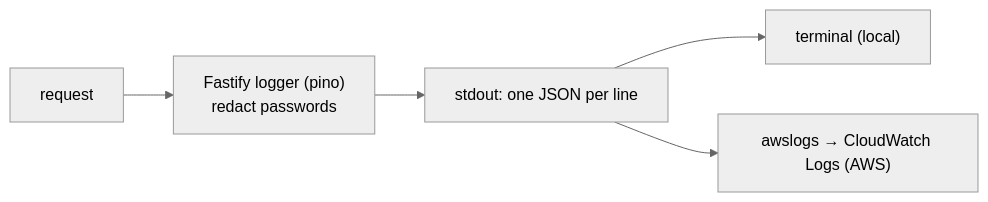
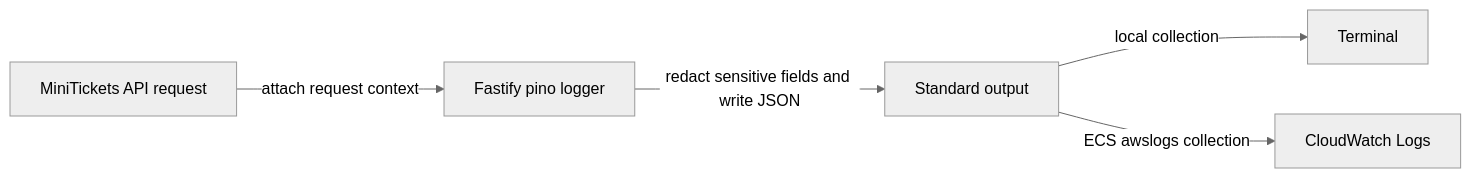
The diagram in docs/handbook/concepts/structured-logging.md (maheshnd/minitickets), drawn with Mermaid (neutral theme) before and after one commit. The commit also changed other lines of this file and 119 other files, not shown here.

````diff
--- a/docs/handbook/concepts/structured-logging.md
+++ b/docs/handbook/concepts/structured-logging.md
@@ -19,7 +19,7 @@
 ```mermaid
 flowchart LR
-    req["request"] --> pino["Fastify logger (pino)<br/>redact passwords"]
-    pino --> stdout["stdout: one JSON per line"]
-    stdout --> local["terminal (local)"]
-    stdout --> cw["awslogs → CloudWatch Logs (AWS)"]
+    R["MiniTickets API request"] -->|"attach request context"| P["Fastify pino logger"]
+    P -->|"redact sensitive fields and write JSON"| O["Standard output"]
+    O -->|"local collection"| T["Terminal"]
+    O -->|"ECS awslogs collection"| C["CloudWatch Logs"]
 ```
````
